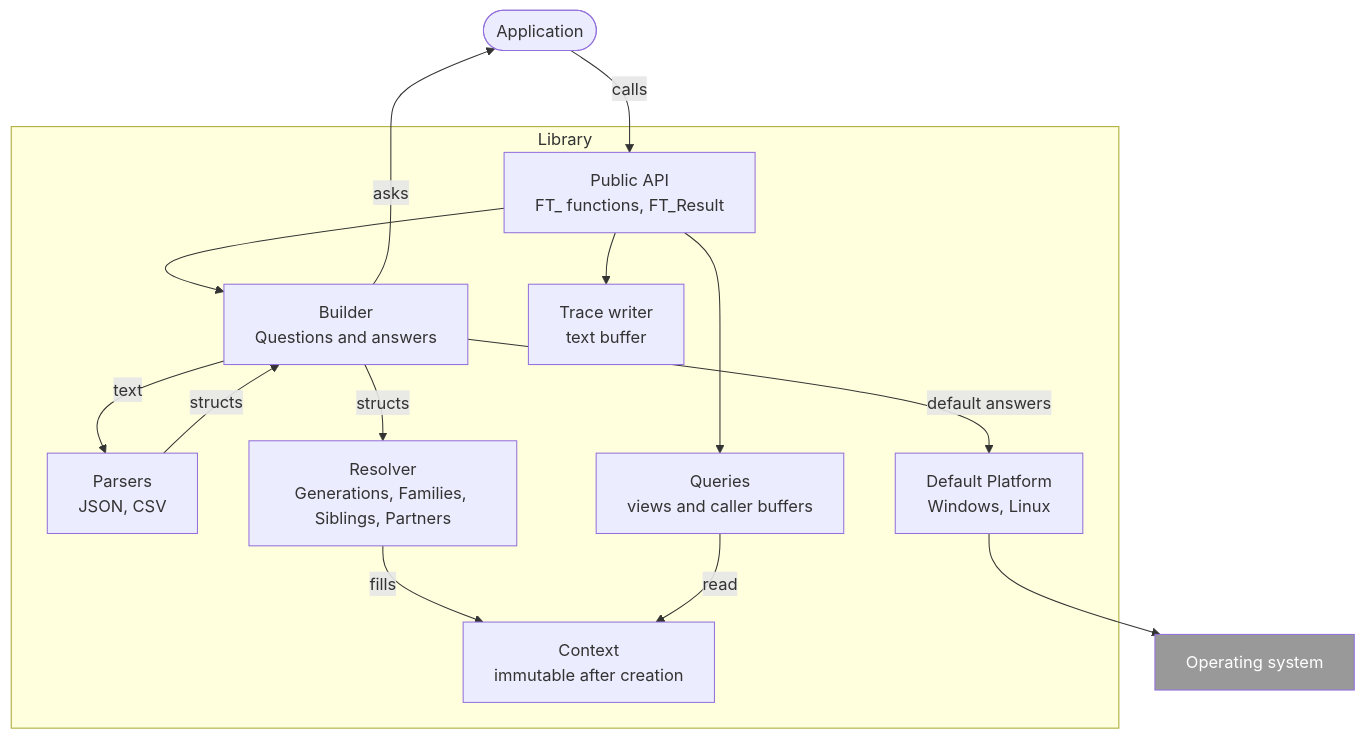
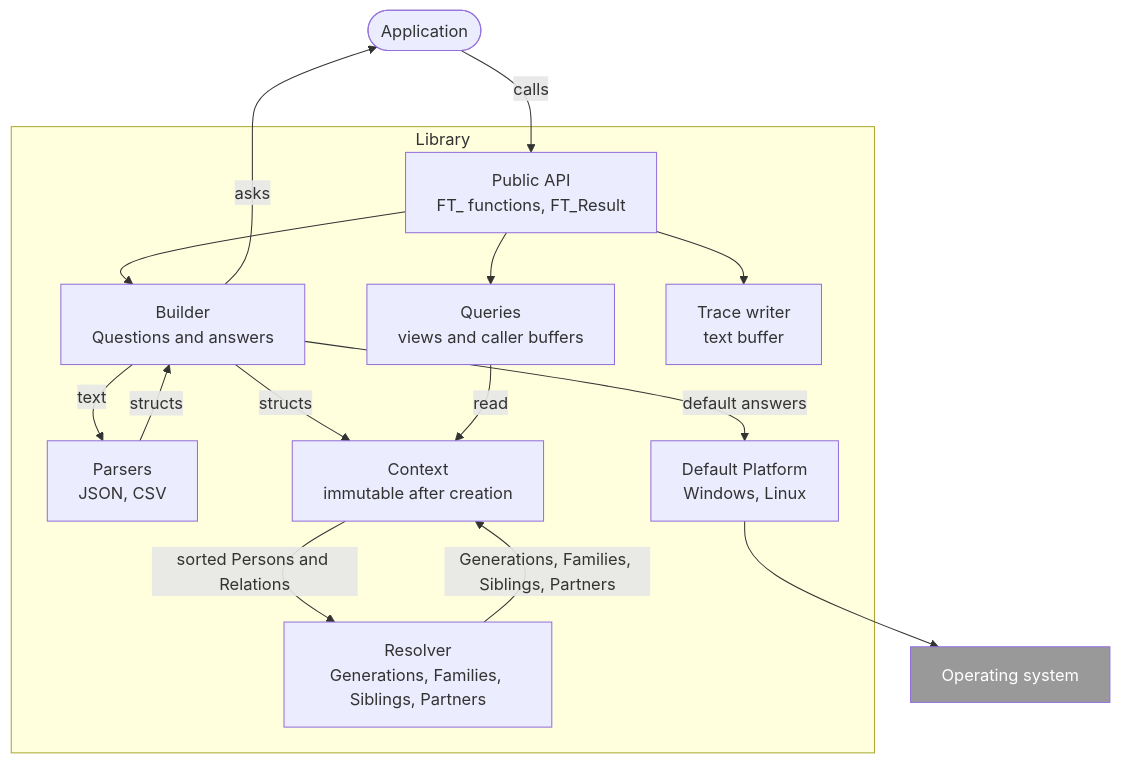
One commit to Assertores/FamilyTree changed the third of 5 diagrams in docs/architecture.md. Above: the diagram before and after it, drawn with Mermaid. The commit also changed other lines of this file and 33 other files, not shown here.

First line of the commit message:
impliment `arena.c`, `builder.c`, `context.c`, `text.c` and `trace.c`

````diff
--- a/docs/architecture.md
+++ b/docs/architecture.md
@@ -73,28 +73,29 @@
 ```mermaid
 flowchart TB
     app(["Application"])
     subgraph lib [Library]
         api["Public API<br>FT_ functions, FT_Result"]
         builder["Builder<br>Questions and answers"]
         parsers["Parsers<br>JSON, CSV"]
         resolver["Resolver<br>Generations, Families, Siblings, Partners"]
         context["Context<br>immutable after creation"]
         queries["Queries<br>views and caller buffers"]
         defaults["Default Platform<br>Windows, Linux"]
         trace["Trace writer<br>text buffer"]
     end
     os["Operating system"]:::external
     app -->|calls| api
     api --> builder
     api --> queries
     builder -->|asks| app
     builder -->|default answers| defaults
     builder -->|text| parsers
     parsers -->|structs| builder
-    builder -->|structs| resolver
-    resolver -->|fills| context
+    builder -->|structs| context
+    context -->|sorted Persons and Relations| resolver
+    resolver -->|Generations, Families, Siblings, Partners| context
     queries -->|read| context
     defaults --> os
     api --> trace
     classDef external fill:#999,color:#fff
 ```
````
